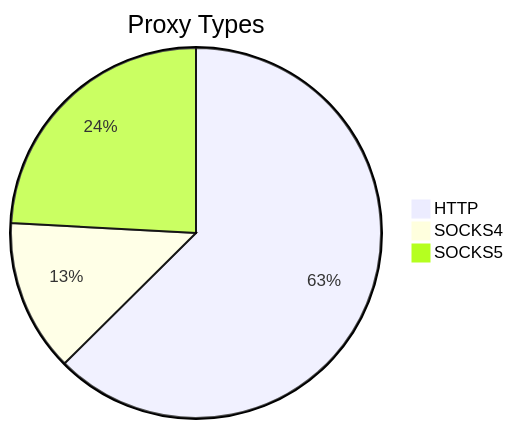
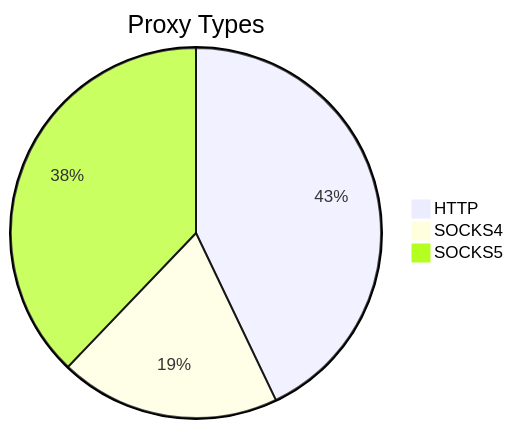
One commit to stormsia/proxy-list changed the first of 2 diagrams in README.md. Above: the diagram before and after it, drawn with Mermaid. The commit also changed other lines of this file, not shown here.

````diff
--- a/README.md
+++ b/README.md
@@ -21,6 +21,6 @@
 ```mermaid
 pie title Proxy Types
-    "HTTP" : 127
-    "SOCKS4" : 27
-    "SOCKS5" : 49
+    "HTTP" : 136
+    "SOCKS4" : 61
+    "SOCKS5" : 120
 ```
````
